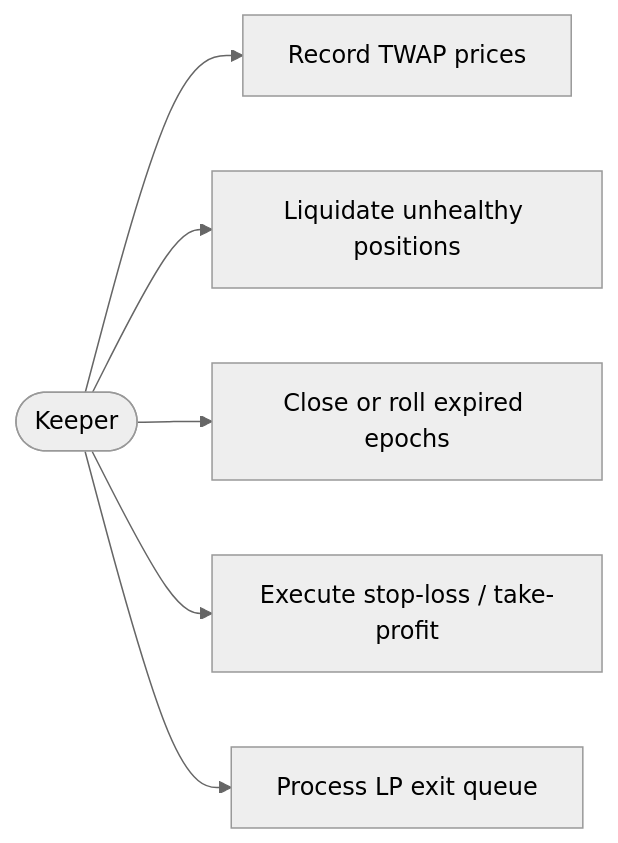
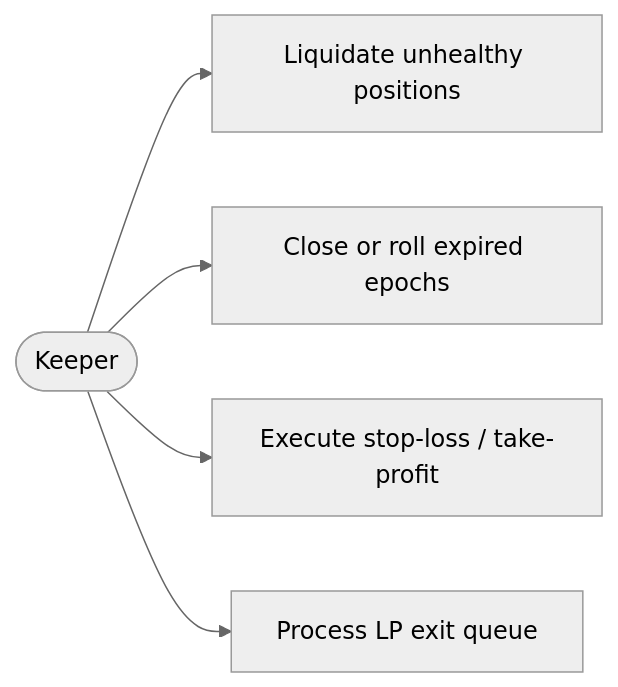
The tenth of 10 diagrams in README.md (Niraj-Kamdar/decentralised-prop-trading), drawn with Mermaid (neutral theme) before and after one commit. The commit also changed other lines of this file and 4 other files, not shown here.

````diff
--- a/README.md
+++ b/README.md
@@ -220,8 +231,7 @@
 ```mermaid
 flowchart LR
-    K([Keeper]) --> REC[Record TWAP prices]
-    K --> L[Liquidate unhealthy positions]
+    K([Keeper]) --> L[Liquidate unhealthy positions]
     K --> E[Close or roll expired epochs]
     K --> TR[Execute stop-loss / take-profit]
     K --> Q[Process LP exit queue]
 ```
````
